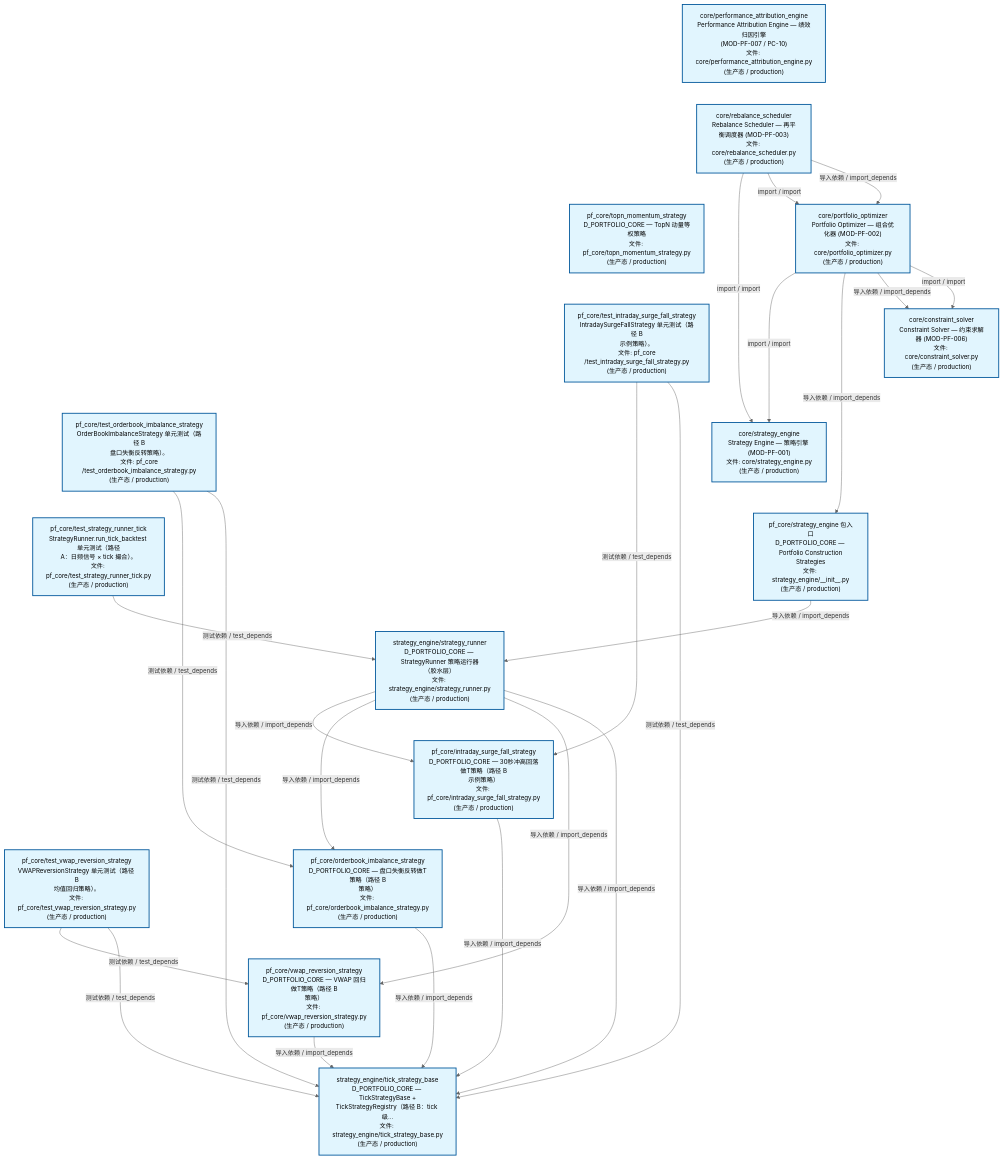
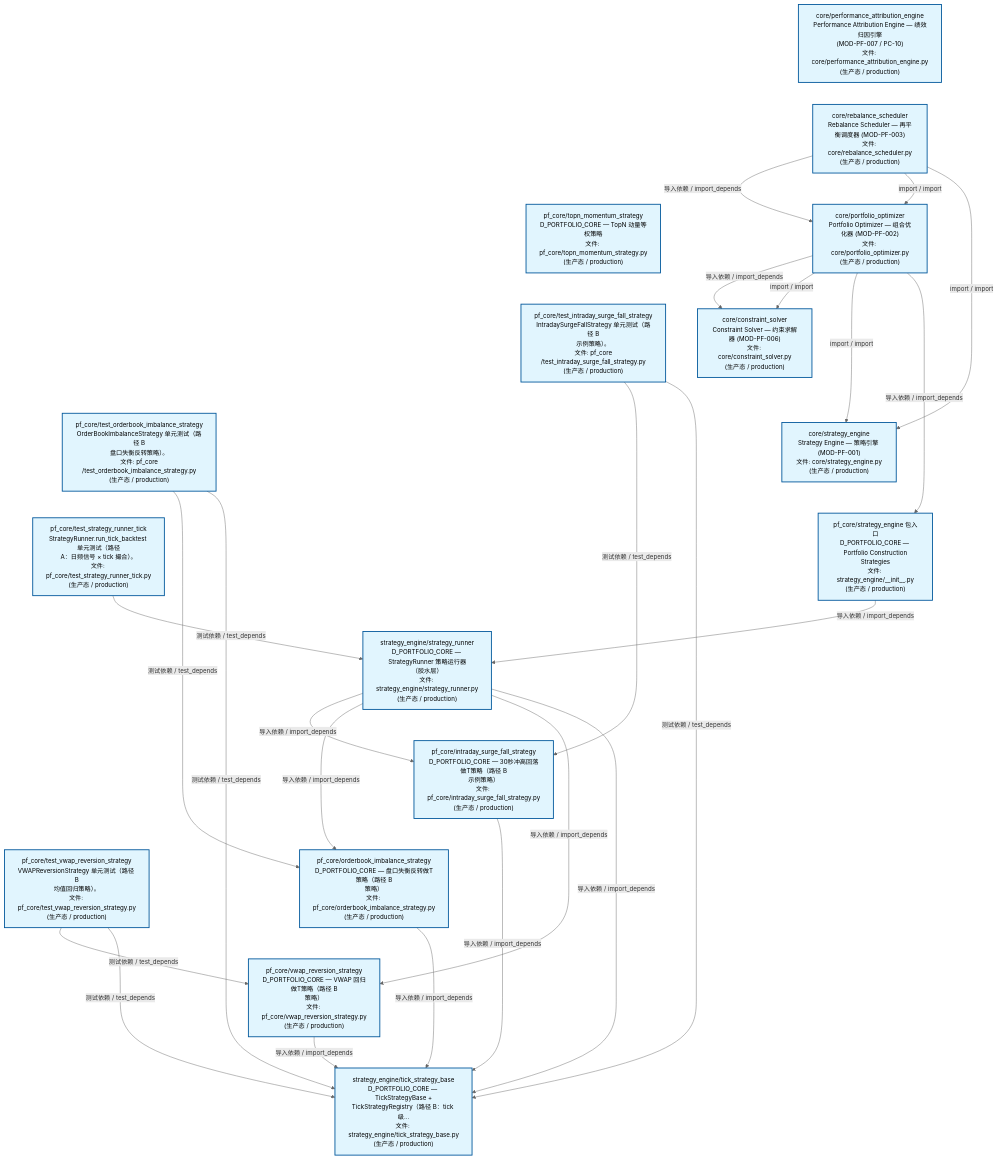
Before and after one commit to xuanFelixVan/ZephyrAlpha: the second of 3 diagrams in docs/02_enterprise_architecture/02_domain_architecture_docs/63_d_pf_core.md, drawn with Mermaid. The commit also changed other lines of this file and 45 other files, not shown here.

````diff
--- a/docs/02_enterprise_architecture/02_domain_architecture_docs/63_d_pf_core.md
+++ b/docs/02_enterprise_architecture/02_domain_architecture_docs/63_d_pf_core.md
@@ -139,57 +139,57 @@
 ```mermaid
 %%{init: {'theme': 'base', 'themeVariables': {'primaryColor': '#eaeaea', 'primaryTextColor': '#333333', 'primaryBorderColor': '#666666', 'lineColor': '#666666', 'secondaryColor': '#eaeaea', 'tertiaryColor': '#eaeaea', 'fontSize': '14px'}}}%%
 flowchart TD
     src_zephyr_pf_core_core_performance_attribution_engine_py["core/performance_attribution_engine<br/>Performance Attribution Engine — 绩效归因引擎<br/>(MOD-PF-007 / PC-10)<br/>文件: core/performance_attribution_engine.py<br/>(生产态 / production)"]
     src_zephyr_pf_core_core_rebalance_scheduler_py["core/rebalance_scheduler<br/>Rebalance Scheduler — 再平衡调度器 (MOD-PF-003)<br/>文件: core/rebalance_scheduler.py<br/>(生产态 / production)"]
     src_zephyr_pf_core_topn_momentum_strategy_py["pf_core/topn_momentum_strategy<br/>D_PORTFOLIO_CORE — TopN 动量等权策略<br/>文件: pf_core/topn_momentum_strategy.py<br/>(生产态 / production)"]
     tests_pf_core_test_intraday_surge_fall_strategy_py["pf_core/test_intraday_surge_fall_strategy<br/>IntradaySurgeFallStrategy 单元测试（路径 B<br/>示例策略）。<br/>文件: pf_core<br/>/test_intraday_surge_fall_strategy.py<br/>(生产态 / production)"]
     tests_pf_core_test_orderbook_imbalance_strategy_py["pf_core/test_orderbook_imbalance_strategy<br/>OrderBookImbalanceStrategy 单元测试（路径 B<br/>盘口失衡反转策略）。<br/>文件: pf_core<br/>/test_orderbook_imbalance_strategy.py<br/>(生产态 / production)"]
     tests_pf_core_test_strategy_runner_tick_py["pf_core/test_strategy_runner_tick<br/>StrategyRunner.run_tick_backtest 单元测试（路径<br/>A：日频信号 × tick 撮合）。<br/>文件: pf_core/test_strategy_runner_tick.py<br/>(生产态 / production)"]
     tests_pf_core_test_vwap_reversion_strategy_py["pf_core/test_vwap_reversion_strategy<br/>VWAPReversionStrategy 单元测试（路径 B<br/>均值回归策略）。<br/>文件: pf_core/test_vwap_reversion_strategy.py<br/>(生产态 / production)"]
     src_zephyr_pf_core_core_performance_attribution_engine_py ~~~ src_zephyr_pf_core_core_rebalance_scheduler_py
     src_zephyr_pf_core_core_rebalance_scheduler_py ~~~ src_zephyr_pf_core_topn_momentum_strategy_py
     src_zephyr_pf_core_topn_momentum_strategy_py ~~~ tests_pf_core_test_intraday_surge_fall_strategy_py
     tests_pf_core_test_intraday_surge_fall_strategy_py ~~~ tests_pf_core_test_orderbook_imbalance_strategy_py
     tests_pf_core_test_orderbook_imbalance_strategy_py ~~~ tests_pf_core_test_strategy_runner_tick_py
     tests_pf_core_test_strategy_runner_tick_py ~~~ tests_pf_core_test_vwap_reversion_strategy_py
     src_zephyr_pf_core_core_portfolio_optimizer_py["core/portfolio_optimizer<br/>Portfolio Optimizer — 组合优化器 (MOD-PF-002)<br/>文件: core/portfolio_optimizer.py<br/>(生产态 / production)"]
     src_zephyr_pf_core_core_constraint_solver_py["core/constraint_solver<br/>Constraint Solver — 约束求解器 (MOD-PF-006)<br/>文件: core/constraint_solver.py<br/>(生产态 / production)"]
     src_zephyr_pf_core_core_strategy_engine_py["core/strategy_engine<br/>Strategy Engine — 策略引擎 (MOD-PF-001)<br/>文件: core/strategy_engine.py<br/>(生产态 / production)"]
     src_zephyr_pf_core_strategy_engine_init_py["pf_core/strategy_engine 包入口<br/>D_PORTFOLIO_CORE — Portfolio Construction<br/>Strategies<br/>文件: strategy_engine/__init__.py<br/>(生产态 / production)"]
     src_zephyr_pf_core_core_constraint_solver_py ~~~ src_zephyr_pf_core_core_strategy_engine_py
     src_zephyr_pf_core_core_strategy_engine_py ~~~ src_zephyr_pf_core_strategy_engine_init_py
     src_zephyr_pf_core_strategy_engine_strategy_runner_py["strategy_engine/strategy_runner<br/>D_PORTFOLIO_CORE — StrategyRunner 策略运行器<br/>（胶水层）<br/>文件: strategy_engine/strategy_runner.py<br/>(生产态 / production)"]
     src_zephyr_pf_core_intraday_surge_fall_strategy_py["pf_core/intraday_surge_fall_strategy<br/>D_PORTFOLIO_CORE — 30秒冲高回落做T策略（路径 B<br/>示例策略）<br/>文件: pf_core/intraday_surge_fall_strategy.py<br/>(生产态 / production)"]
     src_zephyr_pf_core_orderbook_imbalance_strategy_py["pf_core/orderbook_imbalance_strategy<br/>D_PORTFOLIO_CORE — 盘口失衡反转做T策略（路径 B<br/>策略）<br/>文件: pf_core/orderbook_imbalance_strategy.py<br/>(生产态 / production)"]
     src_zephyr_pf_core_vwap_reversion_strategy_py["pf_core/vwap_reversion_strategy<br/>D_PORTFOLIO_CORE — VWAP 回归做T策略（路径 B<br/>策略）<br/>文件: pf_core/vwap_reversion_strategy.py<br/>(生产态 / production)"]
     src_zephyr_pf_core_intraday_surge_fall_strategy_py ~~~ src_zephyr_pf_core_orderbook_imbalance_strategy_py
     src_zephyr_pf_core_orderbook_imbalance_strategy_py ~~~ src_zephyr_pf_core_vwap_reversion_strategy_py
     src_zephyr_pf_core_strategy_engine_tick_strategy_base_py["strategy_engine/tick_strategy_base<br/>D_PORTFOLIO_CORE — TickStrategyBase +<br/>TickStrategyRegistry（路径 B：tick 级...<br/>文件: strategy_engine/tick_strategy_base.py<br/>(生产态 / production)"]
     src_zephyr_pf_core_intraday_surge_fall_strategy_py -->|导入依赖 / import_depends| src_zephyr_pf_core_strategy_engine_tick_strategy_base_py
     src_zephyr_pf_core_orderbook_imbalance_strategy_py -->|导入依赖 / import_depends| src_zephyr_pf_core_strategy_engine_tick_strategy_base_py
+    src_zephyr_pf_core_vwap_reversion_strategy_py -->|导入依赖 / import_depends| src_zephyr_pf_core_strategy_engine_tick_strategy_base_py
+    src_zephyr_pf_core_core_portfolio_optimizer_py -->|导入依赖 / import_depends| src_zephyr_pf_core_core_constraint_solver_py
+    src_zephyr_pf_core_core_portfolio_optimizer_py -->|import / import| src_zephyr_pf_core_core_constraint_solver_py
+    src_zephyr_pf_core_core_portfolio_optimizer_py -->|import / import| src_zephyr_pf_core_core_strategy_engine_py
+    src_zephyr_pf_core_core_portfolio_optimizer_py -->|导入依赖 / import_depends| src_zephyr_pf_core_strategy_engine_init_py
+    src_zephyr_pf_core_core_rebalance_scheduler_py -->|导入依赖 / import_depends| src_zephyr_pf_core_core_portfolio_optimizer_py
+    src_zephyr_pf_core_core_rebalance_scheduler_py -->|import / import| src_zephyr_pf_core_core_portfolio_optimizer_py
     src_zephyr_pf_core_core_rebalance_scheduler_py -->|import / import| src_zephyr_pf_core_core_strategy_engine_py
-    src_zephyr_pf_core_core_rebalance_scheduler_py -->|import / import| src_zephyr_pf_core_core_portfolio_optimizer_py
-    src_zephyr_pf_core_core_rebalance_scheduler_py -->|导入依赖 / import_depends| src_zephyr_pf_core_core_portfolio_optimizer_py
-    src_zephyr_pf_core_vwap_reversion_strategy_py -->|导入依赖 / import_depends| src_zephyr_pf_core_strategy_engine_tick_strategy_base_py
-    src_zephyr_pf_core_strategy_engine_init_py -->|导入依赖 / import_depends| src_zephyr_pf_core_strategy_engine_strategy_runner_py
     src_zephyr_pf_core_strategy_engine_strategy_runner_py -->|导入依赖 / import_depends| src_zephyr_pf_core_intraday_surge_fall_strategy_py
     src_zephyr_pf_core_strategy_engine_strategy_runner_py -->|导入依赖 / import_depends| src_zephyr_pf_core_orderbook_imbalance_strategy_py
     src_zephyr_pf_core_strategy_engine_strategy_runner_py -->|导入依赖 / import_depends| src_zephyr_pf_core_vwap_reversion_strategy_py
     src_zephyr_pf_core_strategy_engine_strategy_runner_py -->|导入依赖 / import_depends| src_zephyr_pf_core_strategy_engine_tick_strategy_base_py
-    src_zephyr_pf_core_core_portfolio_optimizer_py -->|import / import| src_zephyr_pf_core_core_strategy_engine_py
-    src_zephyr_pf_core_core_portfolio_optimizer_py -->|导入依赖 / import_depends| src_zephyr_pf_core_strategy_engine_init_py
-    src_zephyr_pf_core_core_portfolio_optimizer_py -->|导入依赖 / import_depends| src_zephyr_pf_core_core_constraint_solver_py
-    src_zephyr_pf_core_core_portfolio_optimizer_py -->|import / import| src_zephyr_pf_core_core_constraint_solver_py
+    src_zephyr_pf_core_strategy_engine_init_py -->|导入依赖 / import_depends| src_zephyr_pf_core_strategy_engine_strategy_runner_py
     tests_pf_core_test_intraday_surge_fall_strategy_py -->|测试依赖 / test_depends| src_zephyr_pf_core_intraday_surge_fall_strategy_py
     tests_pf_core_test_intraday_surge_fall_strategy_py -->|测试依赖 / test_depends| src_zephyr_pf_core_strategy_engine_tick_strategy_base_py
     tests_pf_core_test_orderbook_imbalance_strategy_py -->|测试依赖 / test_depends| src_zephyr_pf_core_orderbook_imbalance_strategy_py
     tests_pf_core_test_orderbook_imbalance_strategy_py -->|测试依赖 / test_depends| src_zephyr_pf_core_strategy_engine_tick_strategy_base_py
     tests_pf_core_test_vwap_reversion_strategy_py -->|测试依赖 / test_depends| src_zephyr_pf_core_vwap_reversion_strategy_py
     tests_pf_core_test_vwap_reversion_strategy_py -->|测试依赖 / test_depends| src_zephyr_pf_core_strategy_engine_tick_strategy_base_py
     tests_pf_core_test_strategy_runner_tick_py -->|测试依赖 / test_depends| src_zephyr_pf_core_strategy_engine_strategy_runner_py
     classDef production fill:#e1f5fe,stroke:#01579b,stroke-width:2px,color:#000
     classDef design fill:#fff3e0,stroke:#e65100,stroke-width:2px,color:#000,stroke-dasharray: 5 5
     classDef external_prod fill:#e8f4fd,stroke:#0277bd,stroke-width:1px,color:#000
     classDef external_design fill:#fff8e7,stroke:#ef6c00,stroke-width:1px,color:#000,stroke-dasharray: 5 5
     class src_zephyr_pf_core_core_constraint_solver_py,src_zephyr_pf_core_core_performance_attribution_engine_py,src_zephyr_pf_core_core_portfolio_optimizer_py,src_zephyr_pf_core_core_rebalance_scheduler_py,src_zephyr_pf_core_core_strategy_engine_py,src_zephyr_pf_core_intraday_surge_fall_strategy_py,src_zephyr_pf_core_orderbook_imbalance_strategy_py,src_zephyr_pf_core_strategy_engine_init_py,src_zephyr_pf_core_strategy_engine_strategy_runner_py,src_zephyr_pf_core_strategy_engine_tick_strategy_base_py,src_zephyr_pf_core_topn_momentum_strategy_py,src_zephyr_pf_core_vwap_reversion_strategy_py,tests_pf_core_test_intraday_surge_fall_strategy_py,tests_pf_core_test_orderbook_imbalance_strategy_py,tests_pf_core_test_strategy_runner_tick_py,tests_pf_core_test_vwap_reversion_strategy_py production
 ```
````
